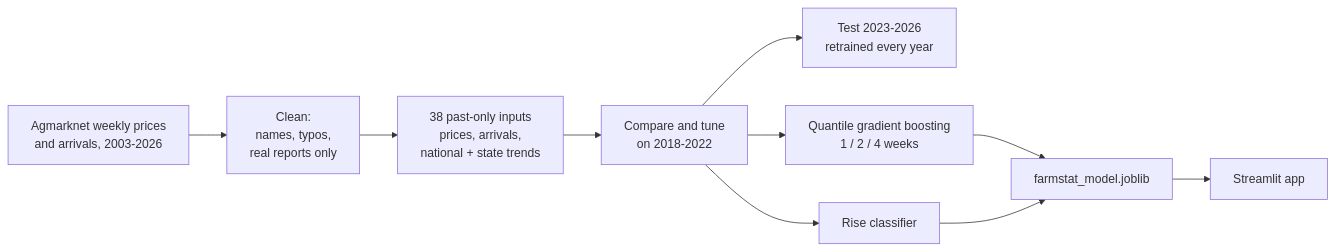
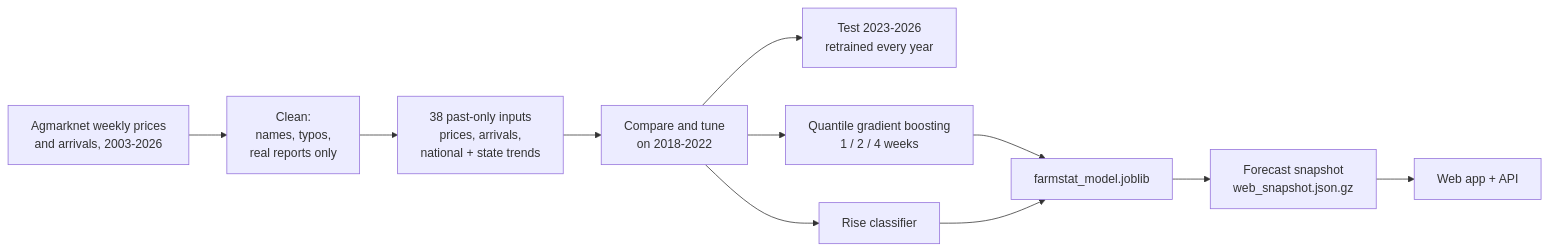
One commit to Iamshi-vissa/FarmStat changed the first of 2 diagrams in README.md. Above: the diagram before and after it, drawn with Mermaid. The commit also changed other lines of this file and 12 other files, not shown here.

First line of the commit message:
Make the web app deployable on Vercel

````diff
--- a/README.md
+++ b/README.md
@@ -148,12 +148,13 @@
 ```mermaid
 flowchart LR
     P[Agmarknet weekly prices<br/>and arrivals, 2003-2026] --> C[Clean:<br/>names, typos,<br/>real reports only]
     C --> F[38 past-only inputs<br/>prices, arrivals,<br/>national + state trends]
     F --> V[Compare and tune<br/>on 2018-2022]
     V --> T[Test 2023-2026<br/>retrained every year]
     V --> Q[Quantile gradient boosting<br/>1 / 2 / 4 weeks]
     V --> R[Rise classifier]
     Q --> M[farmstat_model.joblib]
     R --> M
-    M --> A[Streamlit app]
+    M --> S[Forecast snapshot<br/>web_snapshot.json.gz]
+    S --> A[Web app + API]
 ```
````
